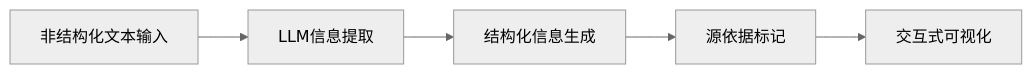
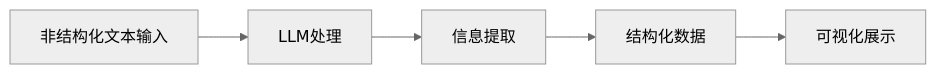
Before and after one commit to wayyoungboy/github-trending-reporter: the second of 7 diagrams in reports/2026/01/2026-01-20.md, drawn with Mermaid (neutral theme). The commit also changed other lines of this file and 1 other file, not shown here.

````diff
--- a/reports/2026/01/2026-01-20.md
+++ b/reports/2026/01/2026-01-20.md
@@ -110,7 +107,7 @@
 ```mermaid
 graph LR
-    A[非结构化文本输入] --> B[LLM信息提取]
-    B --> C[结构化信息生成]
-    C --> D[源依据标记]
-    D --> E[交互式可视化]
+    A[非结构化文本输入] --> B[LLM处理]
+    B --> C[信息提取]
+    C --> D[结构化数据]
+    D --> E[可视化展示]
 ```
````
